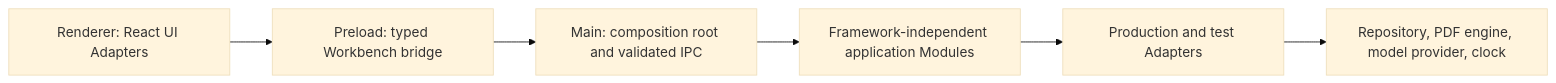
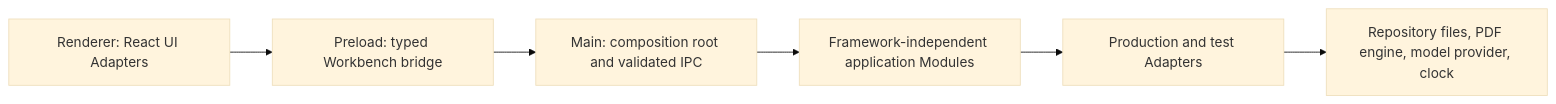
Before and after one commit to tacomancy/galaxy-brain: the diagram in app/docs/architecture/v1-ui/code-map.md, drawn with Mermaid (base theme). The commit also changed other lines of this file and 76 other files, not shown here.

````diff
--- a/app/docs/architecture/v1-ui/code-map.md
+++ b/app/docs/architecture/v1-ui/code-map.md
@@ -18,11 +18,11 @@
 ```mermaid
 flowchart LR
   UI[Renderer: React UI Adapters]
   BR[Preload: typed Workbench bridge]
   MAIN[Main: composition root and validated IPC]
   MOD[Framework-independent application Modules]
   AD[Production and test Adapters]
-  EXT[Repository, PDF engine, model provider, clock]
+  EXT[Repository files, PDF engine, model provider, clock]
 
   UI --> BR --> MAIN --> MOD --> AD --> EXT
 ```
````
